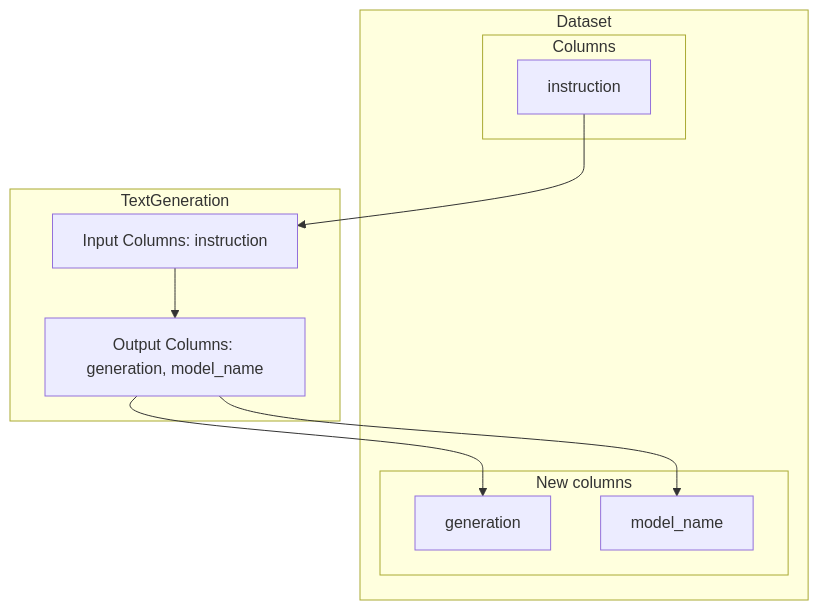
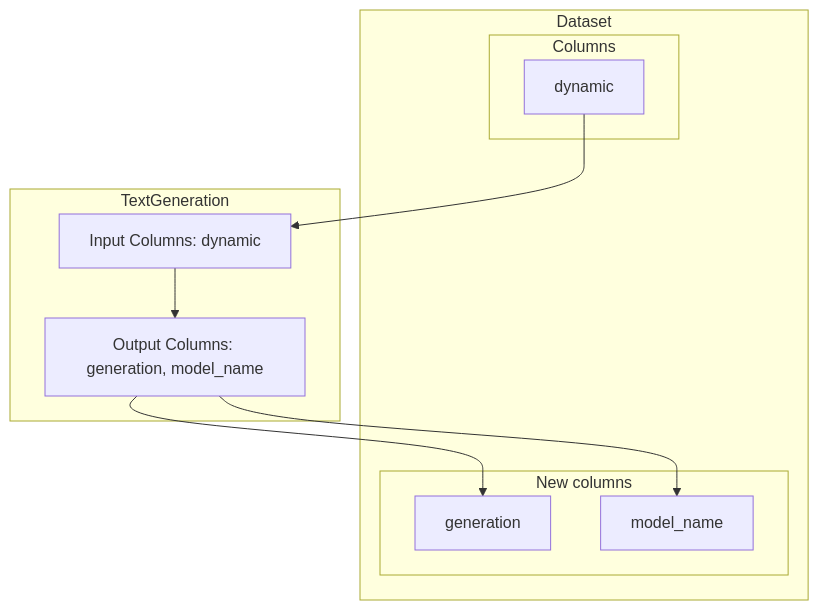
One commit to argilla-io/distilabel changed the diagram in pr-974/components-gallery/tasks/textgeneration.md. Above: the diagram before and after it, drawn with Mermaid. The commit also changed other lines of this file and 5 other files, not shown here.

````diff
--- a/pr-974/components-gallery/tasks/textgeneration.md
+++ b/pr-974/components-gallery/tasks/textgeneration.md
@@ -31,23 +37,23 @@
 ``` mermaid
 graph TD
 	subgraph Dataset
 		subgraph Columns
-			ICOL0[instruction]
+			ICOL0[dynamic]
 		end
 		subgraph New columns
 			OCOL0[generation]
 			OCOL1[model_name]
 		end
 	end
 
 	subgraph TextGeneration
-		StepInput[Input Columns: instruction]
+		StepInput[Input Columns: dynamic]
 		StepOutput[Output Columns: generation, model_name]
 	end
 
 	ICOL0 --> StepInput
 	StepOutput --> OCOL0
 	StepOutput --> OCOL1
 	StepInput --> StepOutput
 
 ```
````
